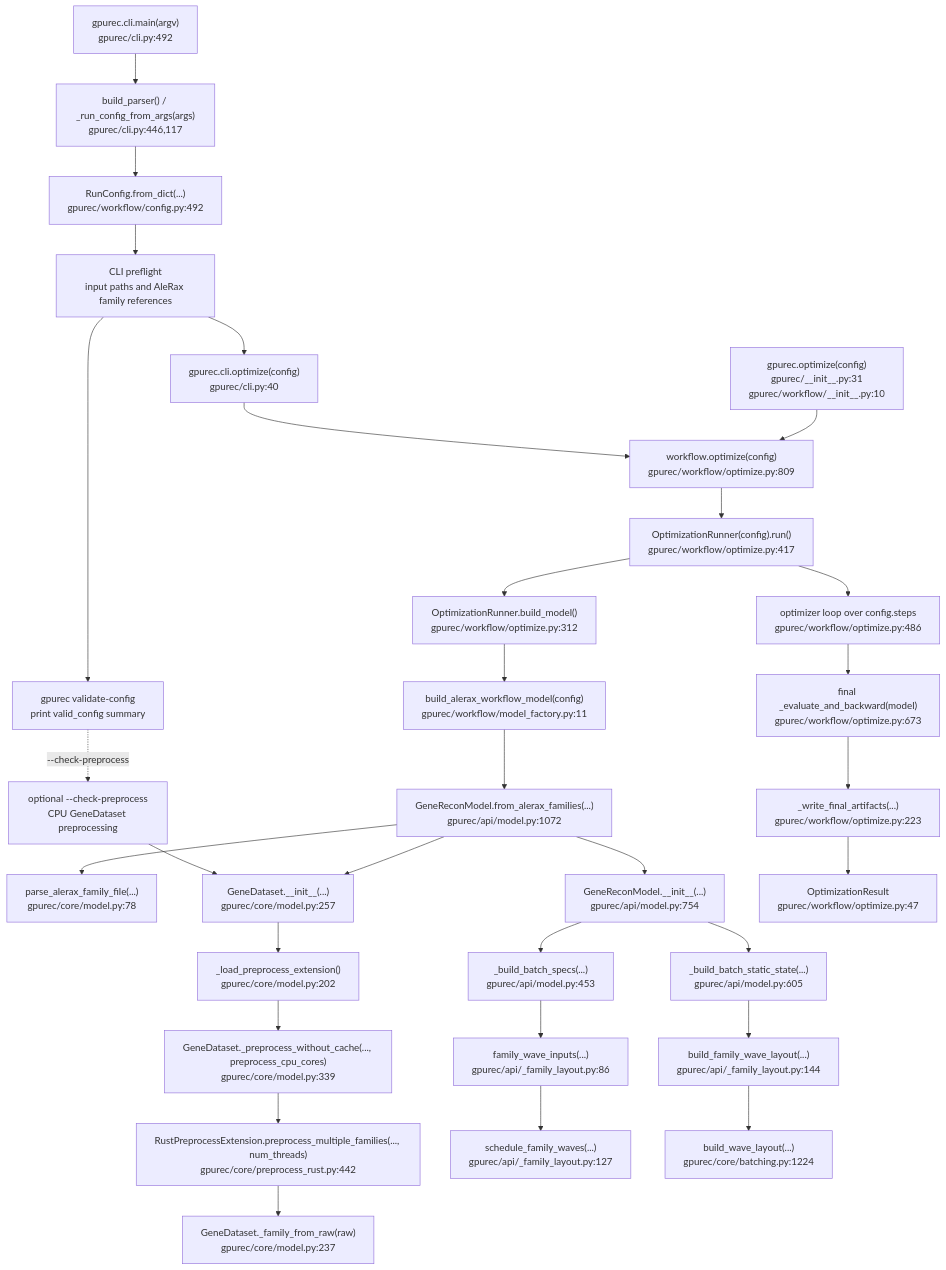
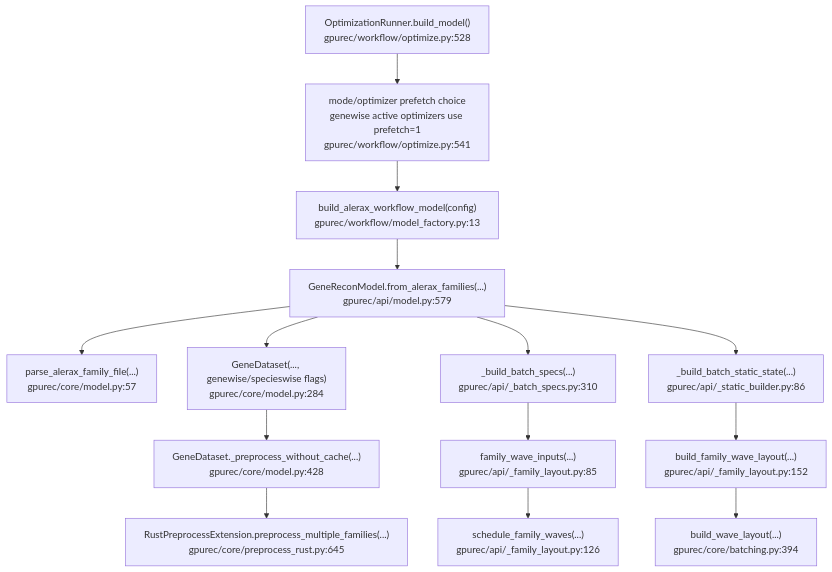
The second of 5 diagrams in docs/optimization-workflow-call-graph.md (SisyphusMountain/gpurec), drawn with Mermaid before and after one commit. The commit also changed other lines of this file and 56 other files, not shown here.

Commit message:
Refactor CLI and optimization workflow modules

````diff
--- a/docs/optimization-workflow-call-graph.md
+++ b/docs/optimization-workflow-call-graph.md
@@ -12,52 +68,23 @@
 ```mermaid
 flowchart TD
-  CLI["gpurec.cli.main(argv)<br/>gpurec/cli.py:492"]
-  Parser["build_parser() / _run_config_from_args(args)<br/>gpurec/cli.py:446,117"]
-  Config["RunConfig.from_dict(...)<br/>gpurec/workflow/config.py:492"]
-  Preflight["CLI preflight<br/>input paths and AleRax family references"]
-  ValidateConfig["gpurec validate-config<br/>print valid_config summary"]
-  CheckPreprocess["optional --check-preprocess<br/>CPU GeneDataset preprocessing"]
-  CLIOptimize["gpurec.cli.optimize(config)<br/>gpurec/cli.py:40"]
-  PyAPI["gpurec.optimize(config)<br/>gpurec/__init__.py:31<br/>gpurec/workflow/__init__.py:10"]
-  Optimize["workflow.optimize(config)<br/>gpurec/workflow/optimize.py:809"]
-  Runner["OptimizationRunner(config).run()<br/>gpurec/workflow/optimize.py:417"]
+  RunnerBuild["OptimizationRunner.build_model()<br/>gpurec/workflow/optimize.py:528"]
+  Prefetch["mode/optimizer prefetch choice<br/>genewise active optimizers use prefetch=1<br/>gpurec/workflow/optimize.py:541"]
+  Factory["build_alerax_workflow_model(config)<br/>gpurec/workflow/model_factory.py:13"]
+  FromFamilies["GeneReconModel.from_alerax_families(...)<br/>gpurec/api/model.py:579"]
+  ParseFamilies["parse_alerax_family_file(...)<br/>gpurec/core/model.py:57"]
+  Dataset["GeneDataset(..., genewise/specieswise flags)<br/>gpurec/core/model.py:284"]
+  Preprocess["GeneDataset._preprocess_without_cache(...)<br/>gpurec/core/model.py:428"]
+  Rust["RustPreprocessExtension.preprocess_multiple_families(...)<br/>gpurec/core/preprocess_rust.py:645"]
+  BatchSpecs["_build_batch_specs(...)<br/>gpurec/api/_batch_specs.py:310"]
+  FamilyInputs["family_wave_inputs(...)<br/>gpurec/api/_family_layout.py:85"]
+  Schedule["schedule_family_waves(...)<br/>gpurec/api/_family_layout.py:126"]
+  Static["_build_batch_static_state(...)<br/>gpurec/api/_static_builder.py:86"]
+  Layout["build_family_wave_layout(...)<br/>gpurec/api/_family_layout.py:152"]
+  WaveLayout["build_wave_layout(...)<br/>gpurec/core/batching.py:394"]
 
-  BuildModel["OptimizationRunner.build_model()<br/>gpurec/workflow/optimize.py:312"]
-  ModelFactory["build_alerax_workflow_model(config)<br/>gpurec/workflow/model_factory.py:11"]
-  FromFamilies["GeneReconModel.from_alerax_families(...)<br/>gpurec/api/model.py:1072"]
-  ParseFamilies["parse_alerax_family_file(...)<br/>gpurec/core/model.py:78"]
-  Dataset["GeneDataset.__init__(...)<br/>gpurec/core/model.py:257"]
-  LoadExt["_load_preprocess_extension()<br/>gpurec/core/model.py:202"]
-  Preprocess["GeneDataset._preprocess_without_cache(..., preprocess_cpu_cores)<br/>gpurec/core/model.py:339"]
-  RustPreprocess["RustPreprocessExtension.preprocess_multiple_families(..., num_threads)<br/>gpurec/core/preprocess_rust.py:442"]
-  FamilyRaw["GeneDataset._family_from_raw(raw)<br/>gpurec/core/model.py:237"]
-
-  ModelInit["GeneReconModel.__init__(...)<br/>gpurec/api/model.py:754"]
-  BatchSpecs["_build_batch_specs(...)<br/>gpurec/api/model.py:453"]
-  FamilyInputs["family_wave_inputs(...)<br/>gpurec/api/_family_layout.py:86"]
-  Schedule["schedule_family_waves(...)<br/>gpurec/api/_family_layout.py:127"]
-  BuildStatic["_build_batch_static_state(...)<br/>gpurec/api/model.py:605"]
-  BuildLayout["build_family_wave_layout(...)<br/>gpurec/api/_family_layout.py:144"]
-  WaveLayout["build_wave_layout(...)<br/>gpurec/core/batching.py:1224"]
-
-  OptimizerLoop["optimizer loop over config.steps<br/>gpurec/workflow/optimize.py:486"]
-  FinalEval["final _evaluate_and_backward(model)<br/>gpurec/workflow/optimize.py:673"]
-  FinalArtifacts["_write_final_artifacts(...)<br/>gpurec/workflow/optimize.py:223"]
-  Result["OptimizationResult<br/>gpurec/workflow/optimize.py:47"]
-
-  CLI --> Parser --> Config --> Preflight
-  Preflight --> ValidateConfig
-  ValidateConfig -. "--check-preprocess" .-> CheckPreprocess
-  CheckPreprocess --> Dataset
-  Preflight --> CLIOptimize --> Optimize
-  PyAPI --> Optimize
-  Optimize --> Runner
-  Runner --> BuildModel --> ModelFactory --> FromFamilies
+  RunnerBuild --> Prefetch --> Factory --> FromFamilies
   FromFamilies --> ParseFamilies
-  FromFamilies --> Dataset
-  Dataset --> LoadExt --> Preprocess --> RustPreprocess --> FamilyRaw
-  FromFamilies --> ModelInit
-  ModelInit --> BatchSpecs --> FamilyInputs --> Schedule
-  ModelInit --> BuildStatic --> BuildLayout --> WaveLayout
-  Runner --> OptimizerLoop --> FinalEval --> FinalArtifacts --> Result
+  FromFamilies --> Dataset --> Preprocess --> Rust
+  FromFamilies --> BatchSpecs --> FamilyInputs --> Schedule
+  FromFamilies --> Static --> Layout --> WaveLayout
 ```
````
